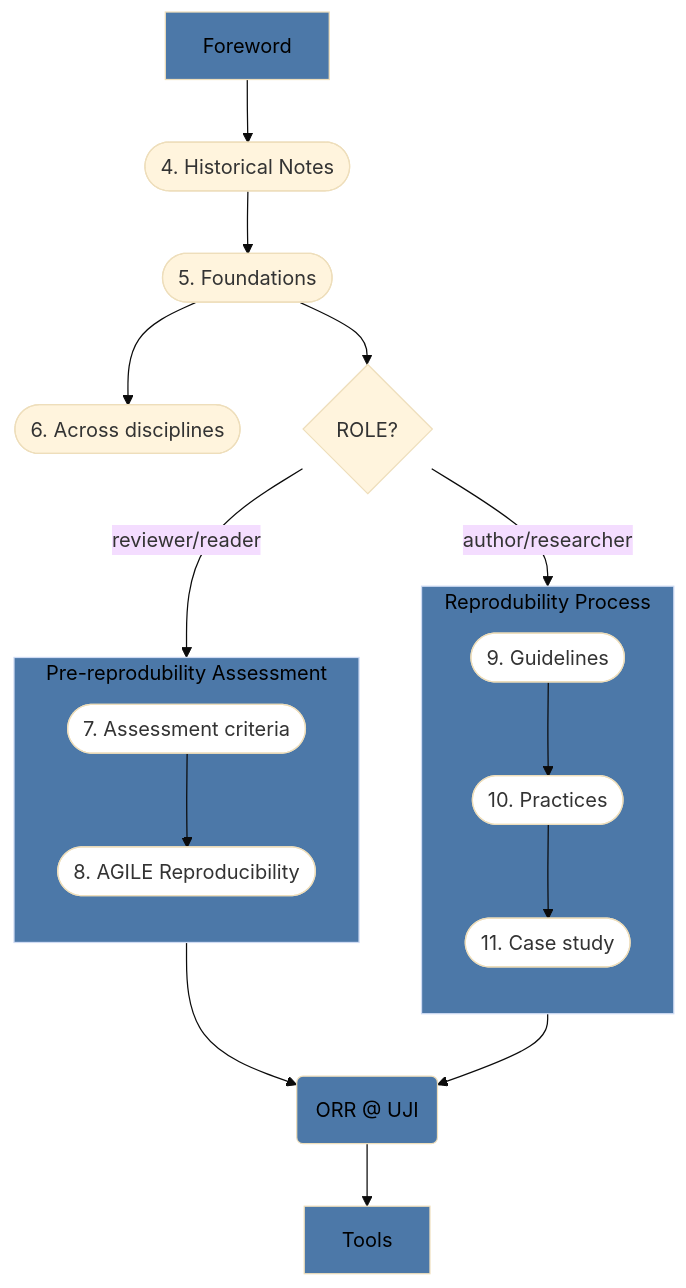
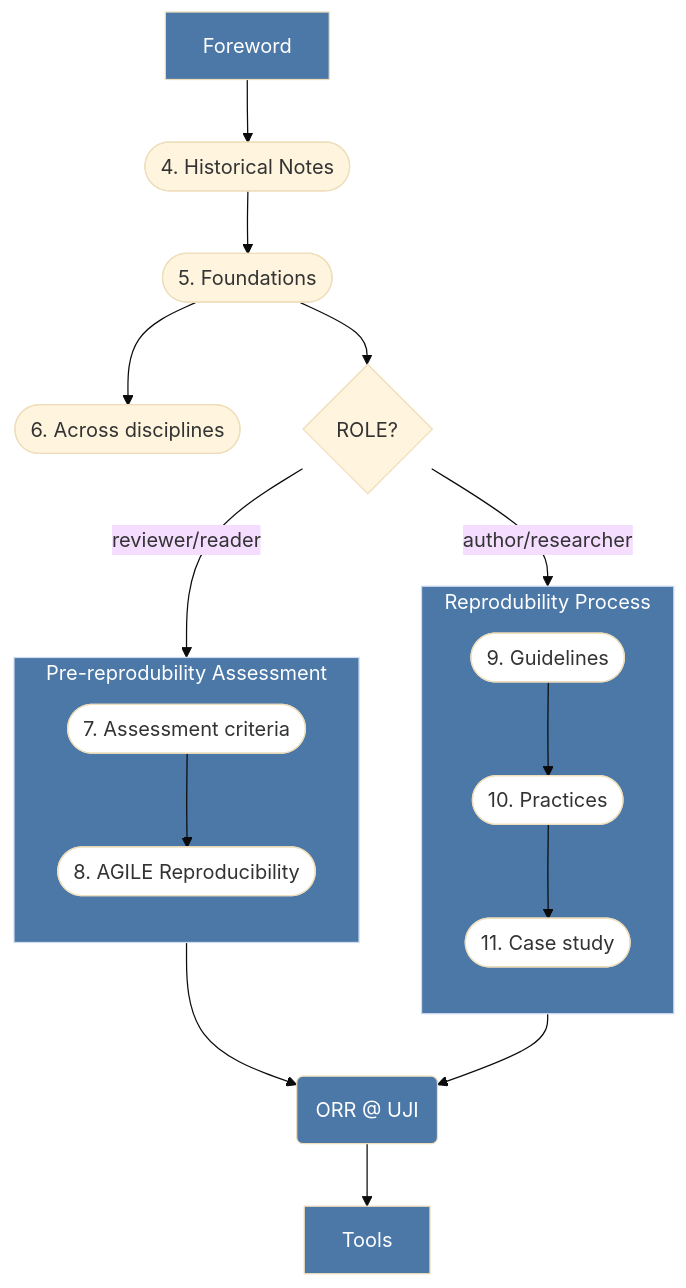
One commit to cgranell/orr changed the diagram in materials/00-units.qmd. Above: the diagram before and after it, drawn with Mermaid.

Commit message:
fix: flowchart text color to white

````diff
--- a/materials/00-units.qmd
+++ b/materials/00-units.qmd
@@ -7,39 +7,39 @@
 ```{mermaid}
 %%| fig-caption: "Course structure and navigation."
 %%| fig-align: center
 ---
 config:
   theme: 'base'
 ---
 
 flowchart TB
   A[Foreword] --> B([4. Historical Notes])
-  style A fill:#4C78A8,color:#000
+  style A fill:#4C78A8,color:#FFF
   B --> C([5. Foundations])
   C --> C1([6. Across disciplines])
   C --> D{ROLE?}
   subgraph E[Pre-reprodubility Assessment]
       direction TB
       E1([7. Assessment criteria]) --> E2([8. AGILE Reproducibility])
       style E1 fill:#FFF
       style E2 fill:#FFF
   end
-  style E fill:#4C78A8,color:#000
+  style E fill:#4C78A8,color:#FFF
   subgraph F[Reprodubility Process]
       direction TB
       F1([9. Guidelines]) --> F2([10. Practices])
       F2 --> F3([11. Case study])
       style F1 fill:#FFF
       style F2 fill:#FFF
       style F3 fill:#FFF
   end
-  style F fill:#4C78A8,color:#000
+  style F fill:#4C78A8,color:#FFF
   D --> |reviewer/reader| E
   D --> |author/researcher| F
   E --> G(ORR @ UJI)
   F --> G(ORR @ UJI)
-  style G fill:#4C78A8,color:#000
+  style G fill:#4C78A8,color:#FFF
   G --> H[Tools]
-  style H fill:#4C78A8,color:#000
+  style H fill:#4C78A8,color:#FFF
   
 ```
````
